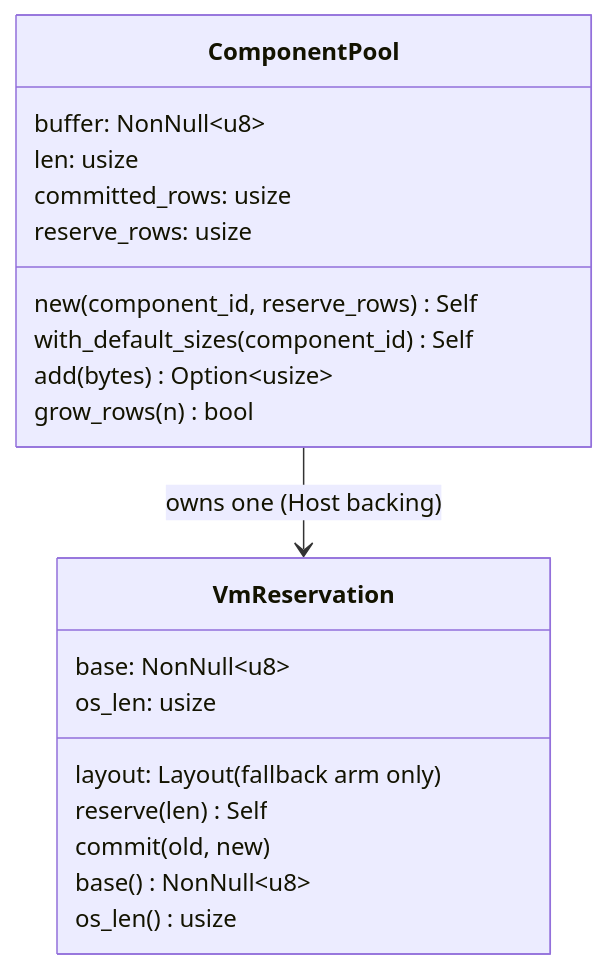
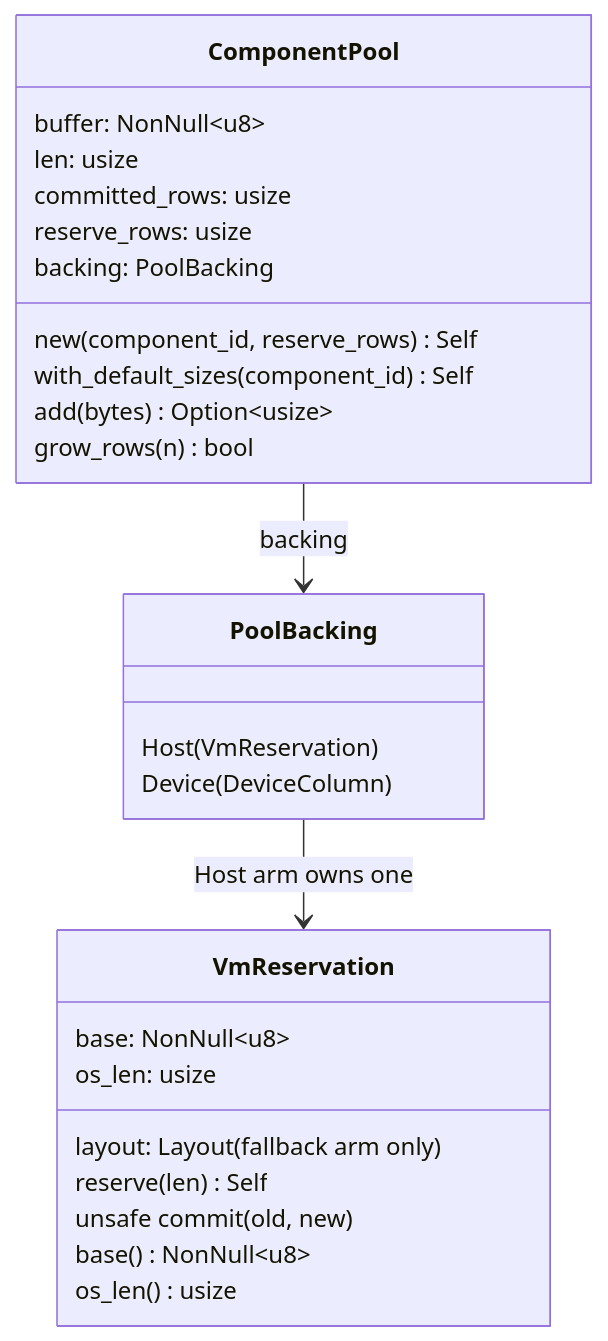
The first of 2 diagrams in book/src/memory/arena.md (bluesteelll/boyko-engine), drawn with Mermaid before and after one commit. The commit also changed other lines of this file and 26 other files, not shown here.

First line of the commit message:
docs(book): C6 - half-1 page content brought to the code at HEAD: introduction, first app, the core ECS concepts, architecture, scheduling, change detection, memory and serialization

````diff
--- a/book/src/memory/arena.md
+++ b/book/src/memory/arena.md
@@ -26,23 +33,29 @@
 ```mermaid
 classDiagram
     class VmReservation {
         base: NonNull~u8~
         os_len: usize
         layout: Layout (fallback arm only)
         reserve(len) Self
-        commit(old, new)
+        unsafe commit(old, new)
         base() NonNull~u8~
         os_len() usize
     }
     class ComponentPool {
         buffer: NonNull~u8~
         len: usize
         committed_rows: usize
         reserve_rows: usize
+        backing: PoolBacking
         new(component_id, reserve_rows) Self
         with_default_sizes(component_id) Self
         add(bytes) Option~usize~
         grow_rows(n) bool
     }
-    ComponentPool --> VmReservation : owns one (Host backing)
+    class PoolBacking {
+        Host(VmReservation)
+        Device(DeviceColumn)
+    }
+    ComponentPool --> PoolBacking : backing
+    PoolBacking --> VmReservation : Host arm owns one
 ```
````
